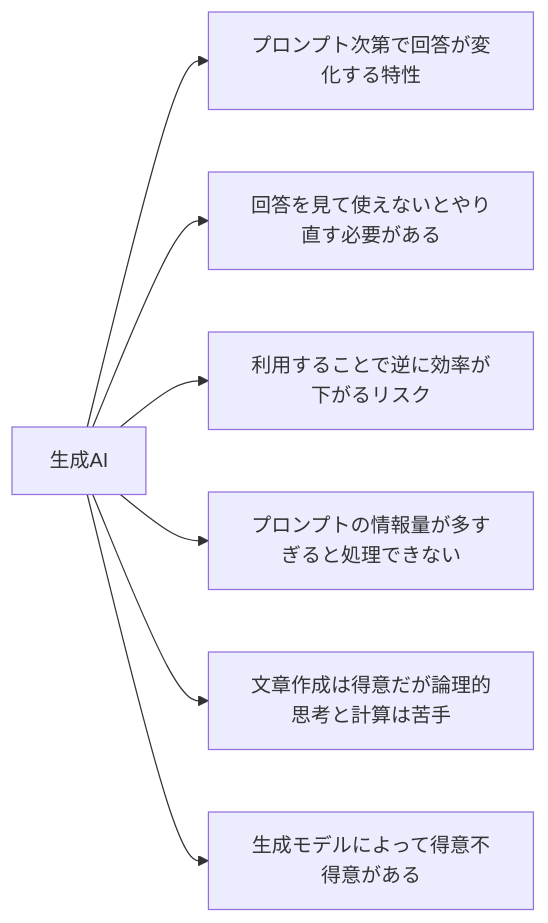
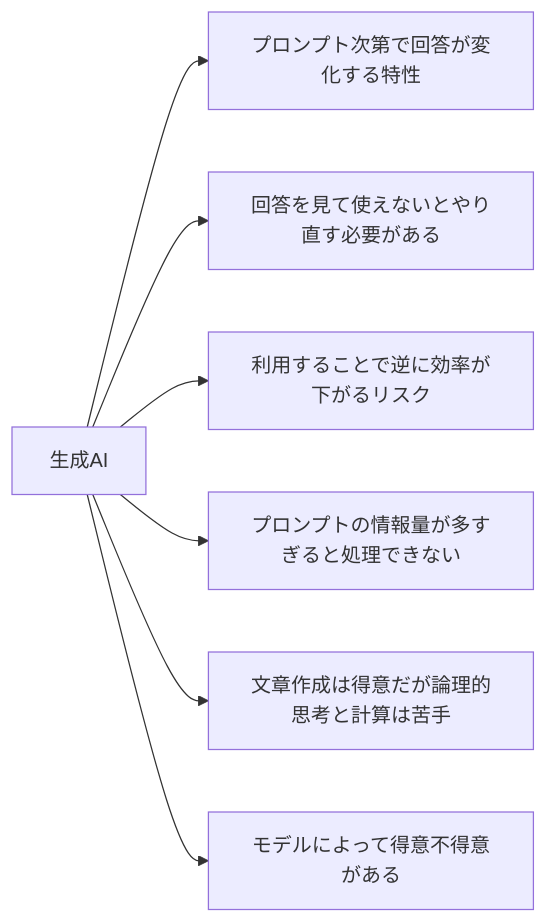
The fourth of 14 diagrams in README.md (SparklingDetergent/doc_genai_Using_Generative_AI_with_Mac_Mini_-Introduction-), drawn with Mermaid before and after one commit.

````diff
--- a/README.md
+++ b/README.md
@@ -77,9 +77,9 @@
 ```mermaid
 graph LR
     A[生成AI] --> F[プロンプト次第で回答が変化する特性]
     A --> G[回答を見て使えないとやり直す必要がある]
     A --> B[利用することで逆に効率が下がるリスク]
     A --> E[プロンプトの情報量が多すぎると処理できない]
     A --> C[文章作成は得意だが論理的思考と計算は苦手]
-    A --> D[生成モデルによって得意不得意がある]
+    A --> D[モデルによって得意不得意がある]
 ```
````
